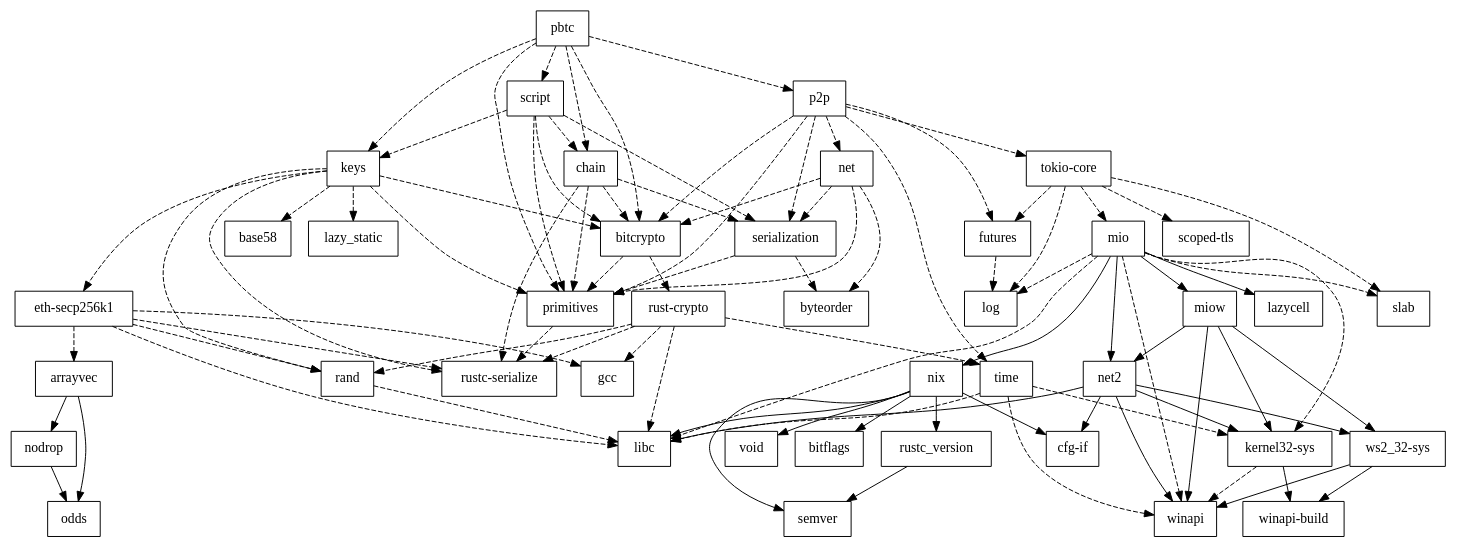
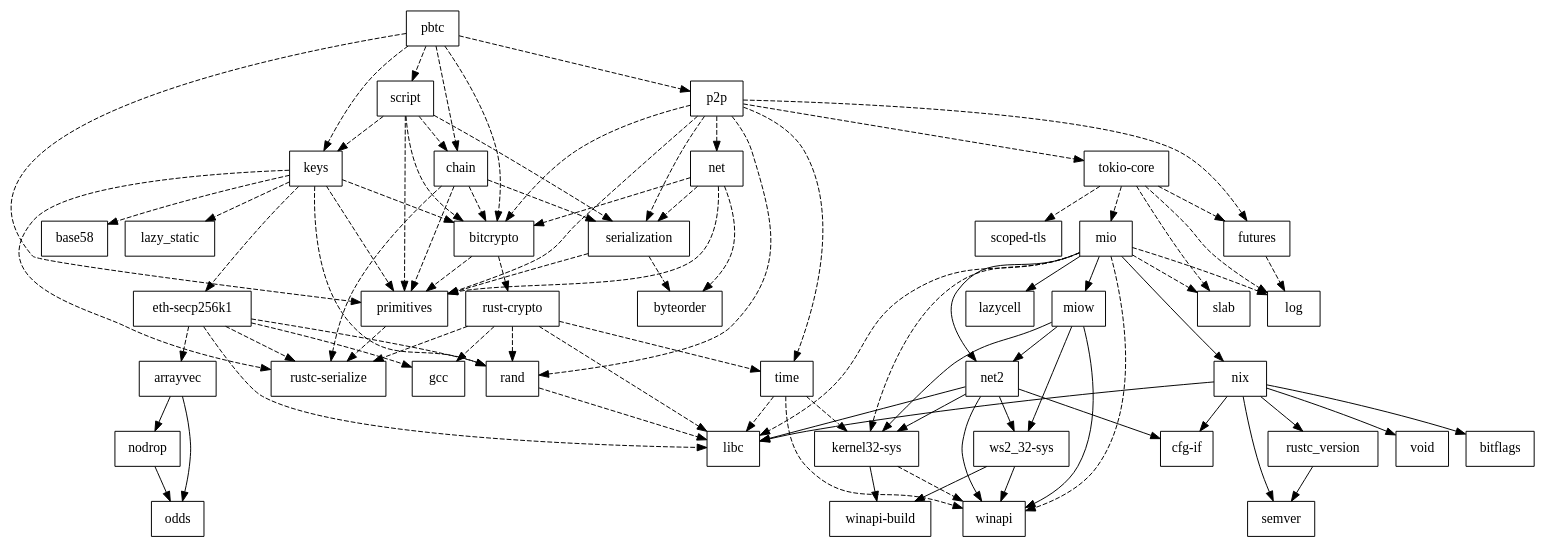
The diagram in tools/graph.dot (paritytech/parity-bitcoin), drawn with Graphviz before and after one commit. The commit also changed 9 other files, not shown here.

```diff
--- a/tools/graph.dot
+++ b/tools/graph.dot
@@ -1,133 +1,134 @@
 digraph dependencies {
 	N0[label="pbtc",shape=box];
 	N1[label="bitcrypto",shape=box];
 	N2[label="chain",shape=box];
 	N3[label="keys",shape=box];
 	N4[label="p2p",shape=box];
 	N5[label="primitives",shape=box];
 	N6[label="script",shape=box];
 	N7[label="arrayvec",shape=box];
 	N8[label="nodrop",shape=box];
 	N9[label="odds",shape=box];
 	N10[label="base58",shape=box];
 	N11[label="rust-crypto",shape=box];
 	N12[label="bitflags",shape=box];
 	N13[label="byteorder",shape=box];
 	N14[label="cfg-if",shape=box];
 	N15[label="rustc-serialize",shape=box];
 	N16[label="serialization",shape=box];
 	N17[label="eth-secp256k1",shape=box];
 	N18[label="gcc",shape=box];
 	N19[label="libc",shape=box];
 	N20[label="rand",shape=box];
 	N21[label="futures",shape=box];
 	N22[label="log",shape=box];
 	N23[label="kernel32-sys",shape=box];
 	N24[label="winapi",shape=box];
 	N25[label="winapi-build",shape=box];
 	N26[label="lazy_static",shape=box];
 	N27[label="lazycell",shape=box];
 	N28[label="mio",shape=box];
 	N29[label="miow",shape=box];
 	N30[label="net2",shape=box];
 	N31[label="nix",shape=box];
 	N32[label="slab",shape=box];
 	N33[label="ws2_32-sys",shape=box];
 	N34[label="net",shape=box];
 	N35[label="rustc_version",shape=box];
 	N36[label="semver",shape=box];
 	N37[label="void",shape=box];
 	N38[label="time",shape=box];
 	N39[label="tokio-core",shape=box];
 	N40[label="scoped-tls",shape=box];
 	N0 -> N1[label="",style=dashed];
 	N0 -> N2[label="",style=dashed];
 	N0 -> N3[label="",style=dashed];
 	N0 -> N4[label="",style=dashed];
 	N0 -> N5[label="",style=dashed];
 	N0 -> N6[label="",style=dashed];
 	N1 -> N5[label="",style=dashed];
 	N1 -> N11[label="",style=dashed];
 	N2 -> N1[label="",style=dashed];
 	N2 -> N5[label="",style=dashed];
 	N2 -> N15[label="",style=dashed];
 	N2 -> N16[label="",style=dashed];
 	N3 -> N1[label="",style=dashed];
 	N3 -> N5[label="",style=dashed];
 	N3 -> N10[label="",style=dashed];
 	N3 -> N15[label="",style=dashed];
 	N3 -> N17[label="",style=dashed];
 	N3 -> N20[label="",style=dashed];
 	N3 -> N26[label="",style=dashed];
 	N4 -> N1[label="",style=dashed];
 	N4 -> N5[label="",style=dashed];
 	N4 -> N16[label="",style=dashed];
+	N4 -> N20[label="",style=dashed];
 	N4 -> N21[label="",style=dashed];
 	N4 -> N34[label="",style=dashed];
 	N4 -> N38[label="",style=dashed];
 	N4 -> N39[label="",style=dashed];
 	N5 -> N15[label="",style=dashed];
 	N6 -> N1[label="",style=dashed];
 	N6 -> N2[label="",style=dashed];
 	N6 -> N3[label="",style=dashed];
 	N6 -> N5[label="",style=dashed];
 	N6 -> N16[label="",style=dashed];
 	N7 -> N8[label=""];
 	N7 -> N9[label=""];
 	N8 -> N9[label=""];
 	N11 -> N15[label="",style=dashed];
 	N11 -> N18[label="",style=dashed];
 	N11 -> N19[label="",style=dashed];
 	N11 -> N20[label="",style=dashed];
 	N11 -> N38[label="",style=dashed];
 	N16 -> N5[label="",style=dashed];
 	N16 -> N13[label="",style=dashed];
 	N17 -> N7[label="",style=dashed];
 	N17 -> N15[label="",style=dashed];
 	N17 -> N18[label="",style=dashed];
 	N17 -> N19[label="",style=dashed];
 	N17 -> N20[label="",style=dashed];
 	N20 -> N19[label="",style=dashed];
 	N21 -> N22[label="",style=dashed];
 	N23 -> N24[label="",style=dashed];
 	N23 -> N25[label=""];
 	N28 -> N19[label="",style=dashed];
 	N28 -> N22[label="",style=dashed];
 	N28 -> N23[label="",style=dashed];
 	N28 -> N24[label="",style=dashed];
 	N28 -> N27[label=""];
 	N28 -> N29[label=""];
 	N28 -> N30[label=""];
 	N28 -> N31[label=""];
 	N28 -> N32[label="",style=dashed];
 	N29 -> N23[label=""];
 	N29 -> N24[label=""];
 	N29 -> N30[label=""];
 	N29 -> N33[label=""];
 	N30 -> N14[label=""];
 	N30 -> N19[label=""];
 	N30 -> N23[label=""];
 	N30 -> N24[label=""];
 	N30 -> N33[label=""];
 	N31 -> N12[label=""];
 	N31 -> N14[label=""];
 	N31 -> N19[label=""];
 	N31 -> N35[label=""];
 	N31 -> N36[label=""];
 	N31 -> N37[label=""];
 	N33 -> N24[label=""];
 	N33 -> N25[label=""];
 	N34 -> N1[label="",style=dashed];
 	N34 -> N5[label="",style=dashed];
 	N34 -> N13[label="",style=dashed];
 	N34 -> N16[label="",style=dashed];
 	N35 -> N36[label=""];
 	N38 -> N19[label="",style=dashed];
 	N38 -> N23[label="",style=dashed];
 	N38 -> N24[label="",style=dashed];
 	N39 -> N21[label="",style=dashed];
 	N39 -> N22[label="",style=dashed];
 	N39 -> N28[label="",style=dashed];
 	N39 -> N32[label="",style=dashed];
 	N39 -> N40[label="",style=dashed];
 }
```
